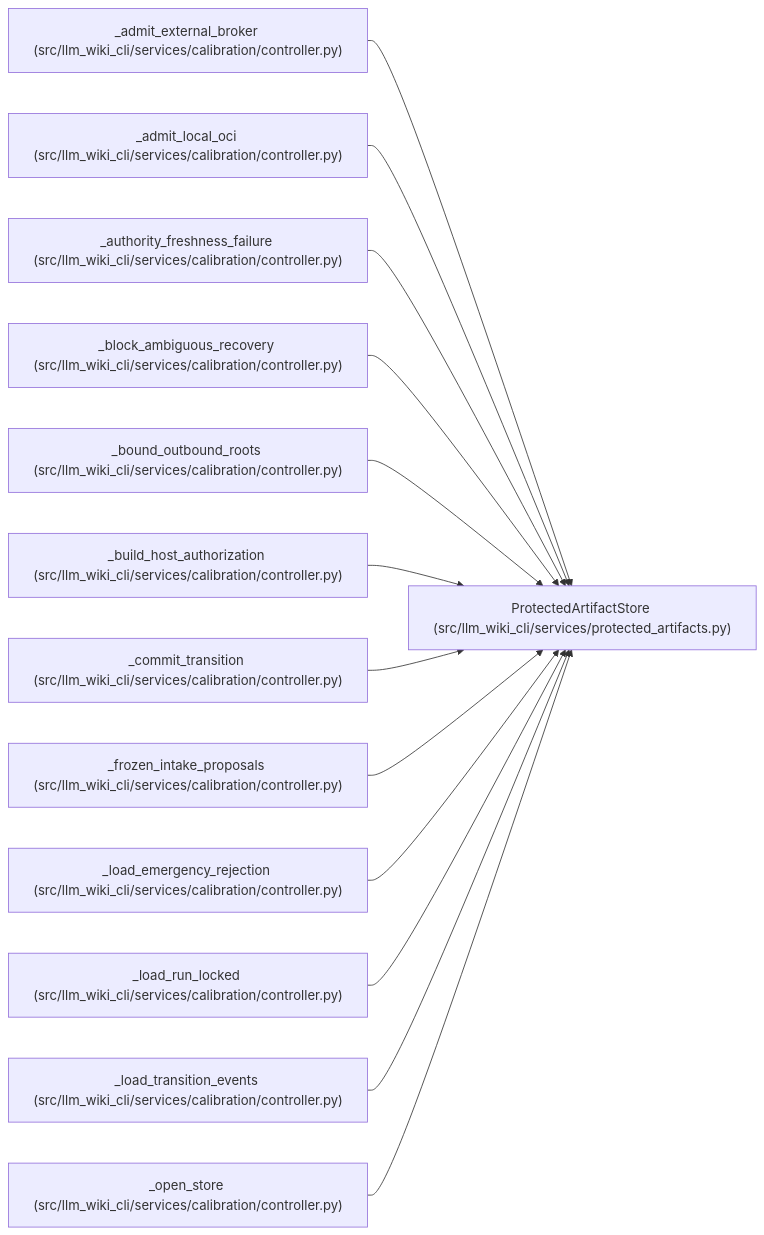
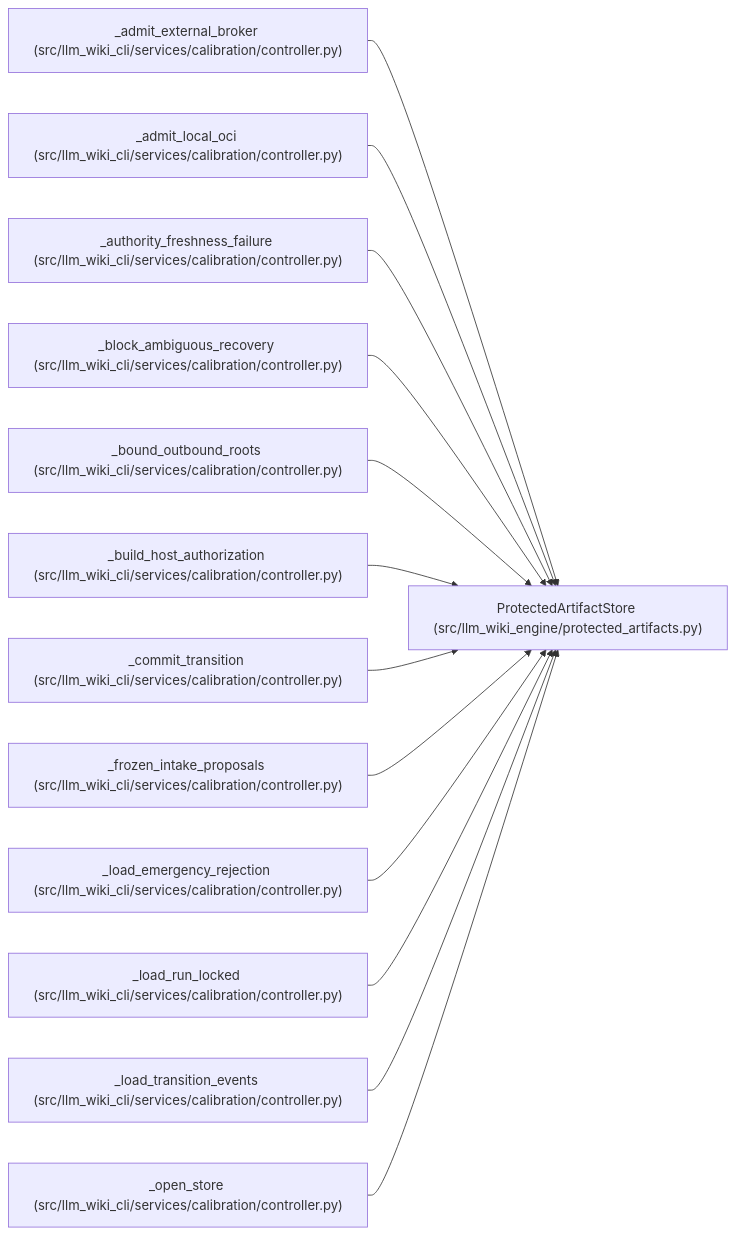
One commit to Denissvgn/python-wiki-llm changed the diagram in docs/llm_wiki/entities/ProtectedArtifactStore.md. Above: the diagram before and after it, drawn with Mermaid. The commit also changed other lines of this file and 739 other files, not shown here.

First line of the commit message:
docs: refresh the wiki for the second engine batch

````diff
--- a/docs/llm_wiki/entities/ProtectedArtifactStore.md
+++ b/docs/llm_wiki/entities/ProtectedArtifactStore.md
@@ -60,41 +60,41 @@
 ```mermaid
 flowchart LR
-    n0["ProtectedArtifactStore (src/llm_wiki_cli/services/protected_artifacts.py)"]
+    n0["ProtectedArtifactStore (src/llm_wiki_engine/protected_artifacts.py)"]
     n1["_admit_external_broker (src/llm_wiki_cli/services/calibration/controller.py)"]
     n2["_admit_local_oci (src/llm_wiki_cli/services/calibration/controller.py)"]
     n3["_authority_freshness_failure (src/llm_wiki_cli/services/calibration/controller.py)"]
     n4["_block_ambiguous_recovery (src/llm_wiki_cli/services/calibration/controller.py)"]
     n5["_bound_outbound_roots (src/llm_wiki_cli/services/calibration/controller.py)"]
     n6["_build_host_authorization (src/llm_wiki_cli/services/calibration/controller.py)"]
     n7["_commit_transition (src/llm_wiki_cli/services/calibration/controller.py)"]
     n8["_frozen_intake_proposals (src/llm_wiki_cli/services/calibration/controller.py)"]
     n9["_load_emergency_rejection (src/llm_wiki_cli/services/calibration/controller.py)"]
     n10["_load_run_locked (src/llm_wiki_cli/services/calibration/controller.py)"]
     n11["_load_transition_events (src/llm_wiki_cli/services/calibration/controller.py)"]
     n12["_open_store (src/llm_wiki_cli/services/calibration/controller.py)"]
     n1 --> n0
     n2 --> n0
     n3 --> n0
     n4 --> n0
     n5 --> n0
     n6 --> n0
     n7 --> n0
     n8 --> n0
     n9 --> n0
     n10 --> n0
     n11 --> n0
     n12 --> n0
     click n0 "../modules/protected_artifacts.md"
     click n1 "../modules/controller.md"
     click n2 "../modules/controller.md"
     click n3 "../modules/controller.md"
     click n4 "../modules/controller.md"
     click n5 "../modules/controller.md"
     click n6 "../modules/controller.md"
     click n7 "../modules/controller.md"
     click n8 "../modules/controller.md"
     click n9 "../modules/controller.md"
     click n10 "../modules/controller.md"
     click n11 "../modules/controller.md"
     click n12 "../modules/controller.md"
 ```
````
